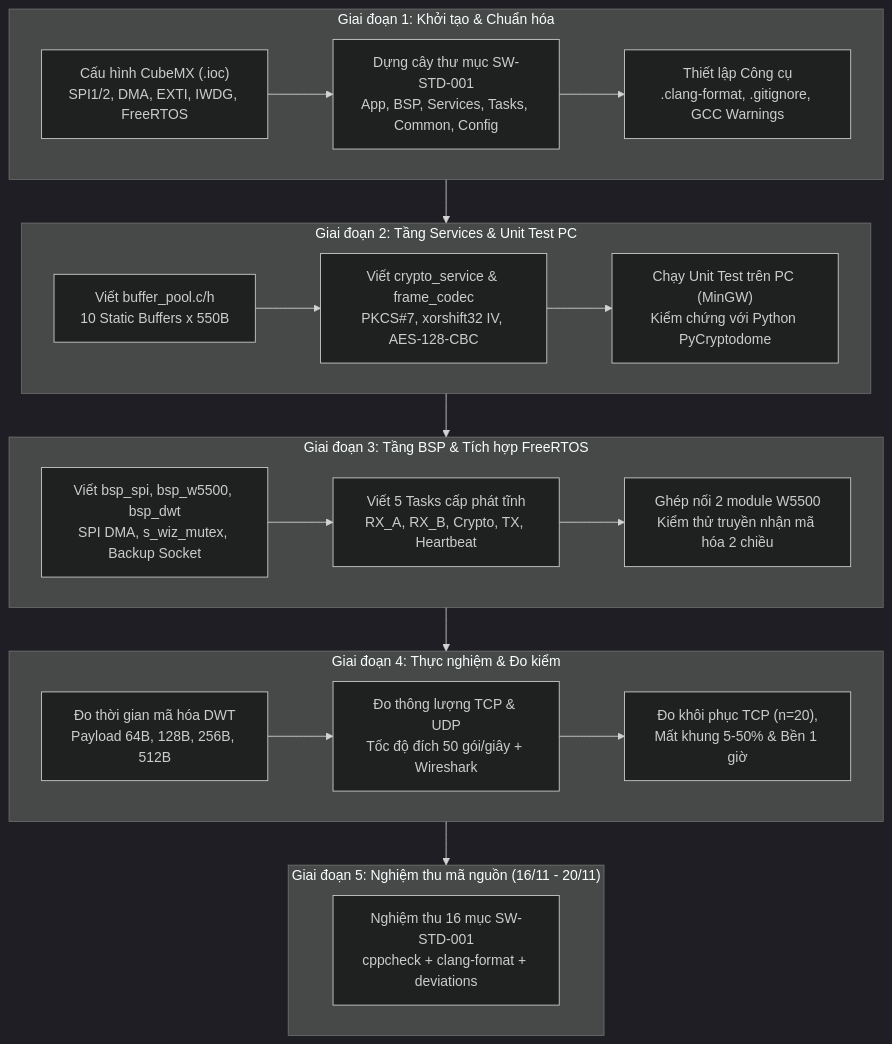
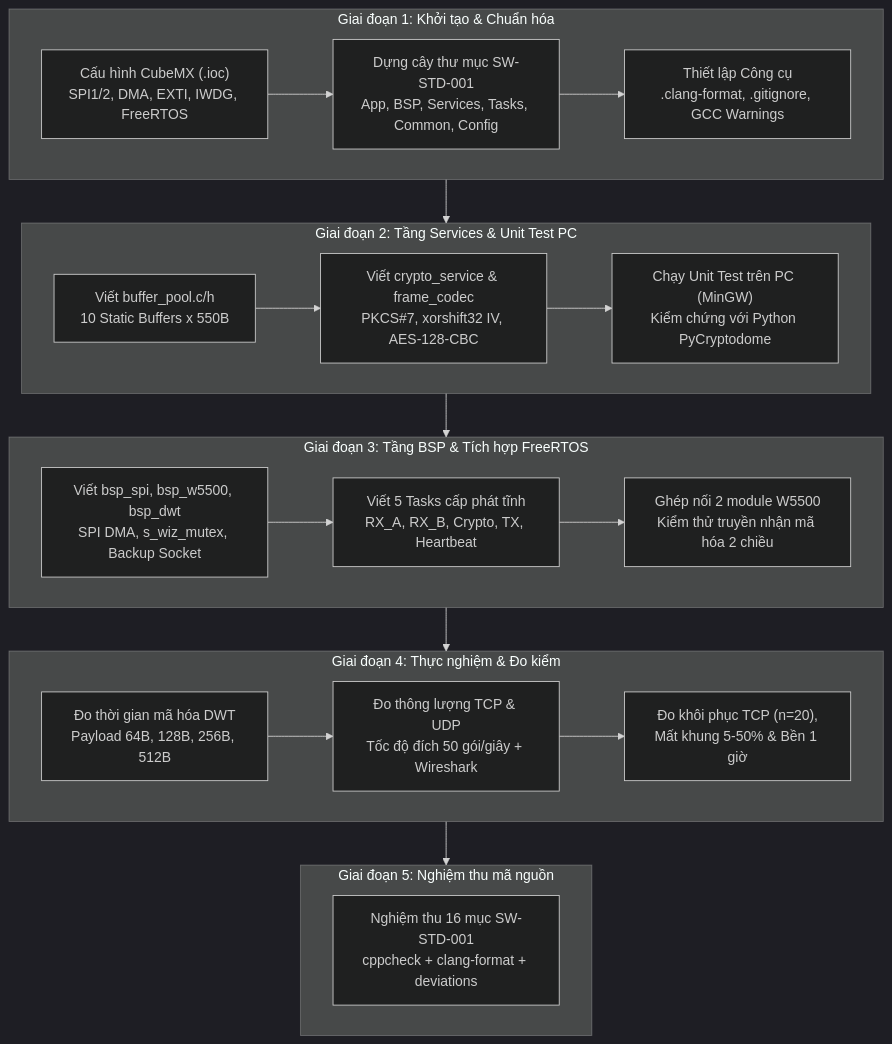
One commit to Draconic211/Secure_Gateway_AES128_STM32 changed the first of 2 diagrams in README.md. Above: the diagram before and after it, drawn with Mermaid (dark theme).

````diff
--- a/README.md
+++ b/README.md
@@ -10,28 +10,28 @@
 ```mermaid
 flowchart TD
     subgraph G1["Giai đoạn 1: Khởi tạo & Chuẩn hóa"]
         A1["Cấu hình CubeMX (.ioc)<br/>SPI1/2, DMA, EXTI, IWDG, FreeRTOS"] --> A2["Dựng cây thư mục SW-STD-001<br/>App, BSP, Services, Tasks, Common, Config"]
         A2 --> A3["Thiết lập Công cụ<br/>.clang-format, .gitignore, GCC Warnings"]
     end
 
     subgraph G2["Giai đoạn 2: Tầng Services & Unit Test PC"]
         B1["Viết buffer_pool.c/h<br/>10 Static Buffers x 550B"] --> B2["Viết crypto_service & frame_codec<br/>PKCS#7, xorshift32 IV, AES-128-CBC"]
         B2 --> B3["Chạy Unit Test trên PC (MinGW)<br/>Kiểm chứng với Python PyCryptodome"]
     end
 
     subgraph G3["Giai đoạn 3: Tầng BSP & Tích hợp FreeRTOS"]
         C1["Viết bsp_spi, bsp_w5500, bsp_dwt<br/>SPI DMA, s_wiz_mutex, Backup Socket"] --> C2["Viết 5 Tasks cấp phát tĩnh<br/>RX_A, RX_B, Crypto, TX, Heartbeat"]
         C2 --> C3["Ghép nối 2 module W5500<br/>Kiểm thử truyền nhận mã hóa 2 chiều"]
     end
 
     subgraph G4["Giai đoạn 4: Thực nghiệm & Đo kiểm"]
         D1["Đo thời gian mã hóa DWT<br/>Payload 64B, 128B, 256B, 512B"] --> D2["Đo thông lượng TCP & UDP<br/>Tốc độ đích 50 gói/giây + Wireshark"]
         D2 --> D3["Đo khôi phục TCP (n=20),<br/>Mất khung 5-50% & Bền 1 giờ"]
     end
 
-    subgraph G5["Giai đoạn 5: Nghiệm thu mã nguồn (16/11 - 20/11)"]
+    subgraph G5["Giai đoạn 5: Nghiệm thu mã nguồn"]
         E1["Nghiệm thu 16 mục SW-STD-001<br/>cppcheck + clang-format + deviations"]
     end
 
     G1 --> G2 --> G3 --> G4 --> G5
 ```
````
